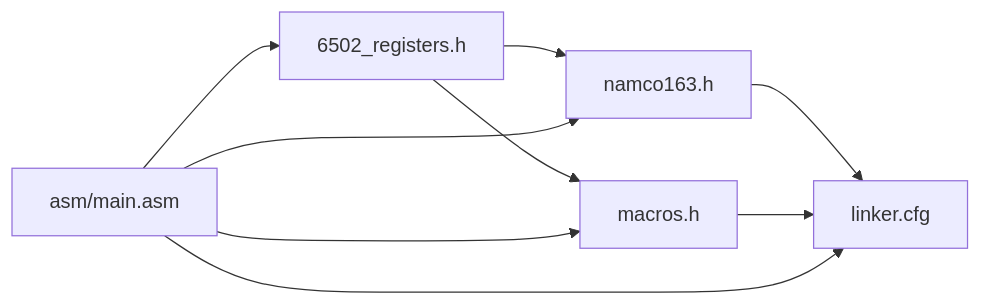
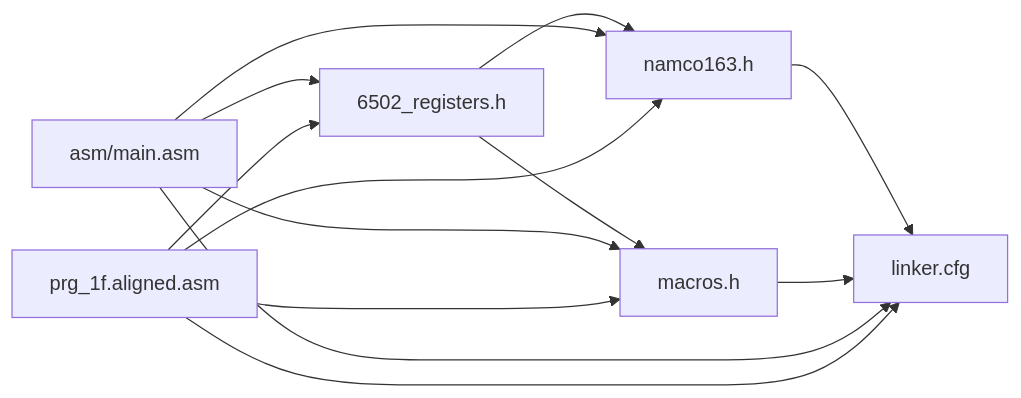
The fifth of 5 diagrams in .qoder/repowiki/en/content/Hardware Abstraction Layer/Hardware Abstraction Layer.md (rabbyzero/sango2dasm), drawn with Mermaid before and after one commit. The commit also changed other lines of this file and 9 other files, not shown here.

````diff
--- a/.qoder/repowiki/en/content/Hardware Abstraction Layer/Hardware Abstraction Layer.md
+++ b/.qoder/repowiki/en/content/Hardware Abstraction Layer/Hardware Abstraction Layer.md
@@ -260,11 +325,15 @@
 ```mermaid
 graph LR
 REGDEF["6502_registers.h"] --> MACROS["macros.h"]
 REGDEF --> NAMCO["namco163.h"]
 NAMCO --> LINKCFG["linker.cfg"]
 MACROS --> LINKCFG
 MAIN["asm/main.asm"] --> REGDEF
 MAIN --> MACROS
 MAIN --> NAMCO
 MAIN --> LINKCFG
+SOUND["prg_1f.aligned.asm"] --> REGDEF
+SOUND --> MACROS
+SOUND --> NAMCO
+SOUND --> LINKCFG
 ```
````
